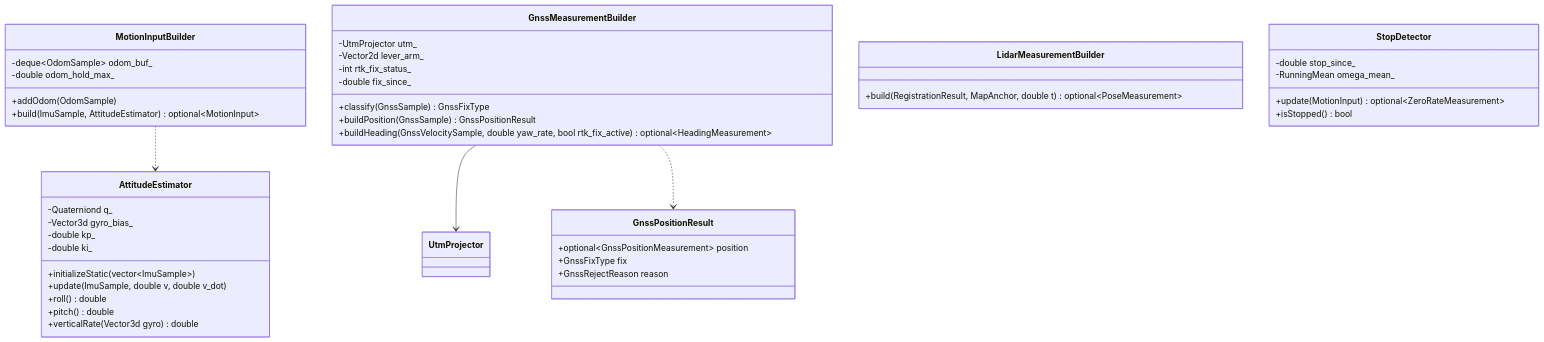
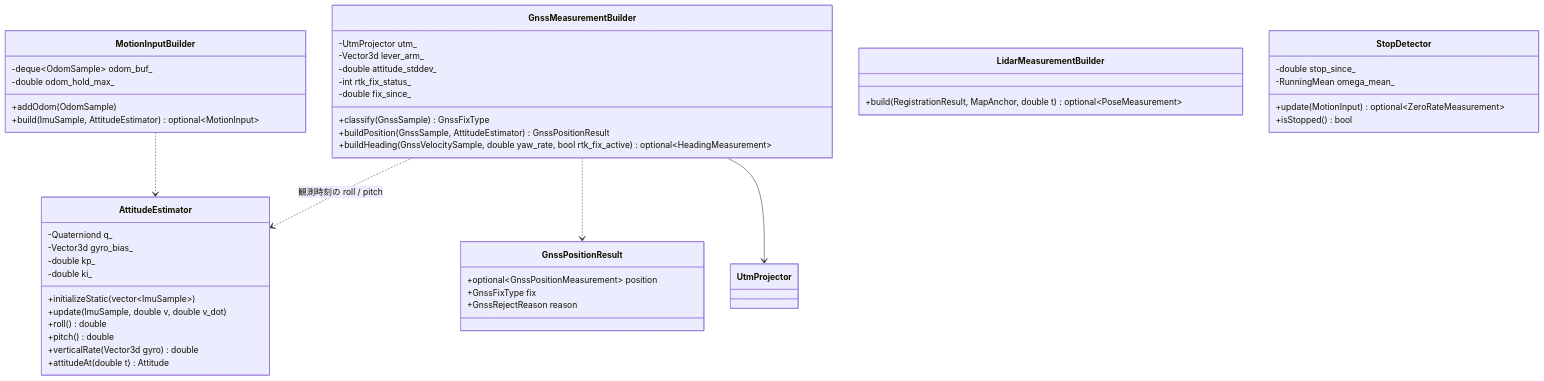
Before and after one commit to mamoru1126/gnss_and_lidar_localization: the eighth of 14 diagrams in docs/architecture.md, drawn with Mermaid. The commit also changed other lines of this file and 2 other files, not shown here.

Commit message:
docs: GNSS アンテナ高さを含む 3 次元レバーアームを追加（設計書 v0.6）
- レバーアームを (l_x, l_y, l_z) とし、観測時刻の roll / pitch で水平面に射影して使う
  （l_z ≤ 1 m の想定。1 m なら傾き 1° で約 1.7 cm、5° の坂で約 8.7 cm の補正）
- roll / pitch の推定誤差による分 l_z² diag(σ_pitch², σ_roll²) を GNSS の観測共分散に加算
- z の補助推定でアンテナ高さ分を差し引く。パラメータと未決事項を追加
- architecture.md: GnssPositionMeasurement / GnssMeasurementBuilder / AttitudeEstimator を更新

Claude-Session: https://claude.ai/code/session_01KqRGR7WGN4hVsxkDus5iEQ

````diff
--- a/docs/architecture.md
+++ b/docs/architecture.md
@@ -553,49 +555,52 @@
 ```mermaid
 classDiagram
 
   class AttitudeEstimator {
     -Quaterniond q_
     -Vector3d gyro_bias_
     -double kp_
     -double ki_
     +initializeStatic(vector~ImuSample~)
     +update(ImuSample, double v, double v_dot)
     +roll() double
     +pitch() double
     +verticalRate(Vector3d gyro) double
+    +attitudeAt(double t) Attitude
   }
   class MotionInputBuilder {
     -deque~OdomSample~ odom_buf_
     -double odom_hold_max_
     +addOdom(OdomSample)
     +build(ImuSample, AttitudeEstimator) optional~MotionInput~
   }
   class GnssMeasurementBuilder {
     -UtmProjector utm_
-    -Vector2d lever_arm_
+    -Vector3d lever_arm_
+    -double attitude_stddev_
     -int rtk_fix_status_
     -double fix_since_
     +classify(GnssSample) GnssFixType
-    +buildPosition(GnssSample) GnssPositionResult
+    +buildPosition(GnssSample, AttitudeEstimator) GnssPositionResult
     +buildHeading(GnssVelocitySample, double yaw_rate, bool rtk_fix_active) optional~HeadingMeasurement~
   }
   class GnssPositionResult {
     +optional~GnssPositionMeasurement~ position
     +GnssFixType fix
     +GnssRejectReason reason
   }
   class LidarMeasurementBuilder {
     +build(RegistrationResult, MapAnchor, double t) optional~PoseMeasurement~
   }
   class StopDetector {
     -double stop_since_
     -RunningMean omega_mean_
     +update(MotionInput) optional~ZeroRateMeasurement~
     +isStopped() bool
   }
   class UtmProjector
 
   GnssMeasurementBuilder --> UtmProjector
   GnssMeasurementBuilder ..> GnssPositionResult
+  GnssMeasurementBuilder ..> AttitudeEstimator : 観測時刻の roll / pitch
   MotionInputBuilder ..> AttitudeEstimator
 ```
````
